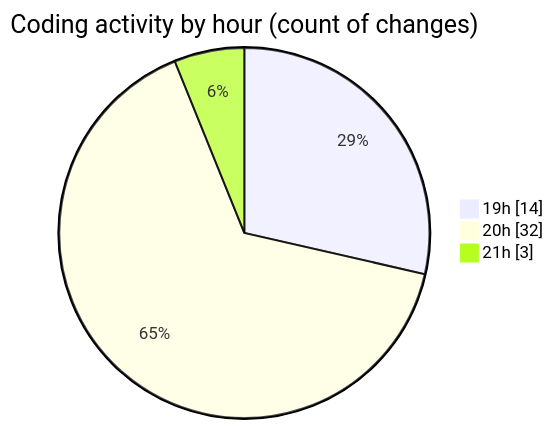
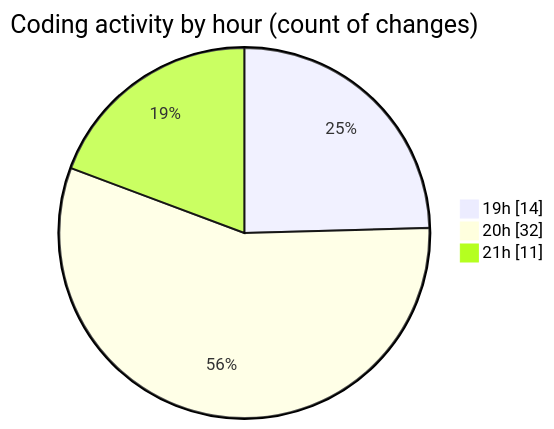
One commit to Netris89/code-tracking changed the second of 2 diagrams in 2025-10-24/skintrack/README.md. Above: the diagram before and after it, drawn with Mermaid. The commit also changed other lines of this file and 1 other file, not shown here.

````diff
--- a/2025-10-24/skintrack/README.md
+++ b/2025-10-24/skintrack/README.md
@@ -32,7 +32,7 @@
 ```mermaid
 pie showData
 title Coding activity by hour (count of changes)
 "19h" : 14
 "20h" : 32
-"21h" : 3
+"21h" : 11
 ```
````
